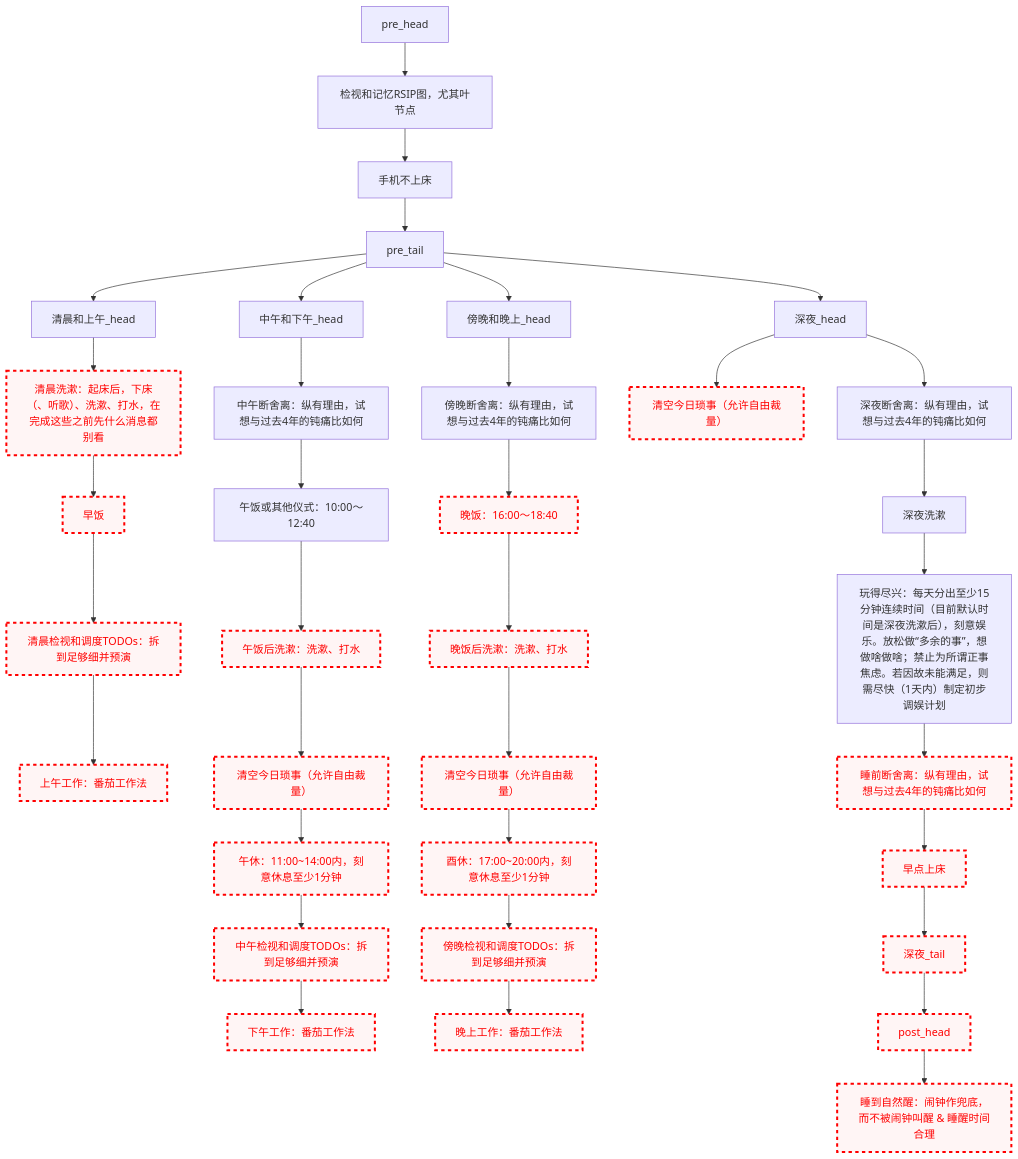
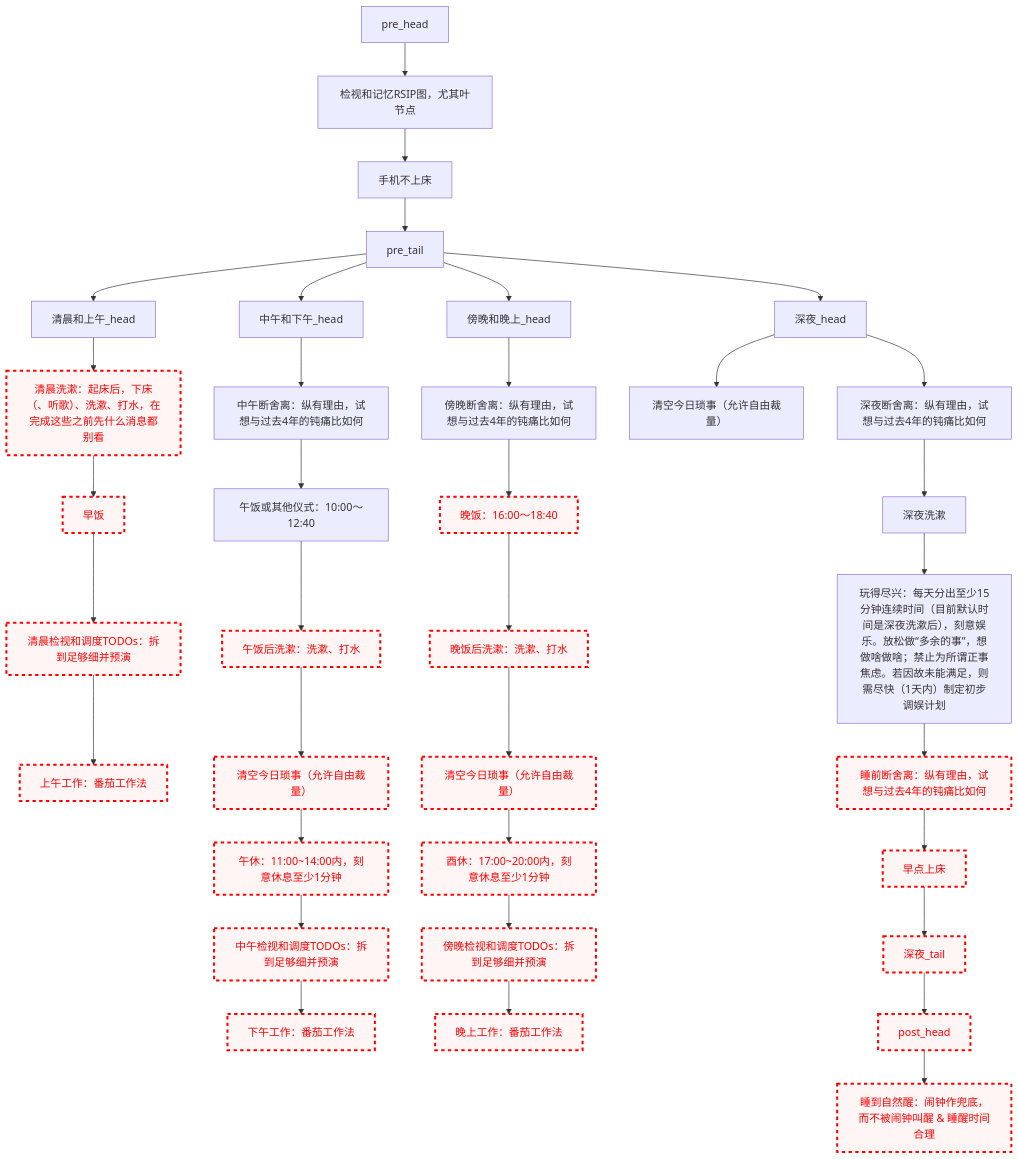
Before and after one commit to Ethkuil/RSIP-tree: the diagram in README.md, drawn with Mermaid.

Commit message:
enable 深夜今日琐事

````diff
--- a/README.md
+++ b/README.md
@@ -21,69 +21,68 @@
 ```mermaid
 graph TD
 
 classDef failed stroke:#ff0000, stroke-width:3px, color:#ff0000, fill:#fff5f5, stroke-dasharray: 5
 
 pre_head --> RSIP[检视和记忆RSIP图，尤其叶节点]
 RSIP --> 手机不上床
 手机不上床 --> pre_tail
 
 
 pre_tail --> 清晨和上午_head
 清晨和上午_head --> 清晨洗漱
 清晨洗漱[清晨洗漱：起床后，下床（、听歌）、洗漱、打水，在完成这些之前先什么消息都别看]
 class 清晨洗漱 failed
 清晨洗漱 --> 早饭
 class 早饭 failed
 早饭 --> 清晨看TODO[清晨检视和调度TODOs：拆到足够细并预演]
 class 清晨看TODO failed
 清晨看TODO --> 上午工作[上午工作：番茄工作法]
 class 上午工作 failed
 
 pre_tail --> 中午和下午_head
 中午和下午_head --> 中午断舍离[中午断舍离：纵有理由，试想与过去4年的钝痛比如何]
 中午断舍离 --> 午饭[午饭或其他仪式：10:00～12:40]
 午饭 --> 午饭后洗漱[午饭后洗漱：洗漱、打水]
 class 午饭后洗漱 failed
 午饭后洗漱 --> 中午今日琐事[清空今日琐事（允许自由裁量）]
 class 中午今日琐事 failed
 中午今日琐事 --> 午休[午休：11:00~14:00内，刻意休息至少1分钟]
 class 午休 failed
 午休 --> 中午看TODO[中午检视和调度TODOs：拆到足够细并预演]
 class 中午看TODO failed
 中午看TODO --> 下午工作[下午工作：番茄工作法]
 class 下午工作 failed
 
 pre_tail --> 傍晚和晚上_head
 傍晚和晚上_head --> 傍晚断舍离[傍晚断舍离：纵有理由，试想与过去4年的钝痛比如何]
 傍晚断舍离 --> 晚饭[晚饭：16:00～18:40]
 class 晚饭 failed
 晚饭 --> 晚饭后洗漱[晚饭后洗漱：洗漱、打水]
 class 晚饭后洗漱 failed
 晚饭后洗漱 --> 傍晚今日琐事[清空今日琐事（允许自由裁量）]
 class 傍晚今日琐事 failed
 傍晚今日琐事 --> 酉休[酉休：17:00~20:00内，刻意休息至少1分钟]
 class 酉休 failed
 酉休 --> 傍晚看TODO[傍晚检视和调度TODOs：拆到足够细并预演]
 class 傍晚看TODO failed
 傍晚看TODO --> 晚上工作[晚上工作：番茄工作法]
 class 晚上工作 failed
 
 pre_tail --> 深夜_head
 深夜_head --> 深夜今日琐事[清空今日琐事（允许自由裁量）]
-class 深夜今日琐事 failed
 深夜_head --> 深夜断舍离[深夜断舍离：纵有理由，试想与过去4年的钝痛比如何]
 深夜断舍离 --> 深夜洗漱
 深夜洗漱 --> 玩得尽兴[玩得尽兴：每天分出至少15分钟连续时间（目前默认时间是深夜洗漱后），刻意娱乐。放松做“多余的事”，想做啥做啥；禁止为所谓正事焦虑。若因故未能满足，则需尽快（1天内）制定初步调娱计划]
 玩得尽兴 --> 睡前断舍离[睡前断舍离：纵有理由，试想与过去4年的钝痛比如何]
 class 睡前断舍离 failed
 睡前断舍离 --> 早点上床
 class 早点上床 failed
 早点上床 --> 深夜_tail
 class 深夜_tail failed
 
 
 深夜_tail --> post_head
 class post_head failed
 post_head --> 睡到自然醒[睡到自然醒：闹钟作兜底，而不被闹钟叫醒 & 睡醒时间合理]
 class 睡到自然醒 failed
 ```
````
